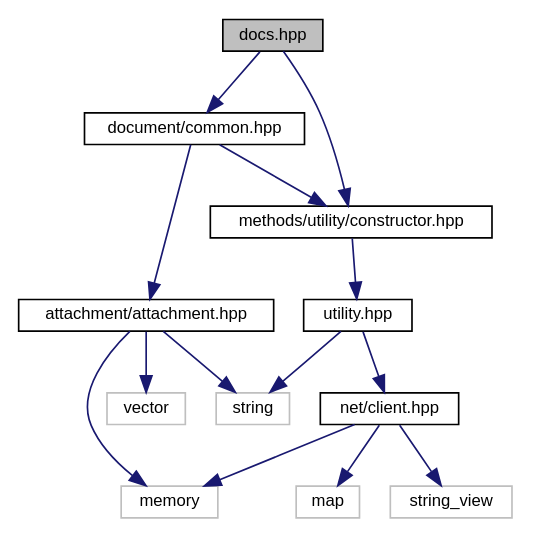
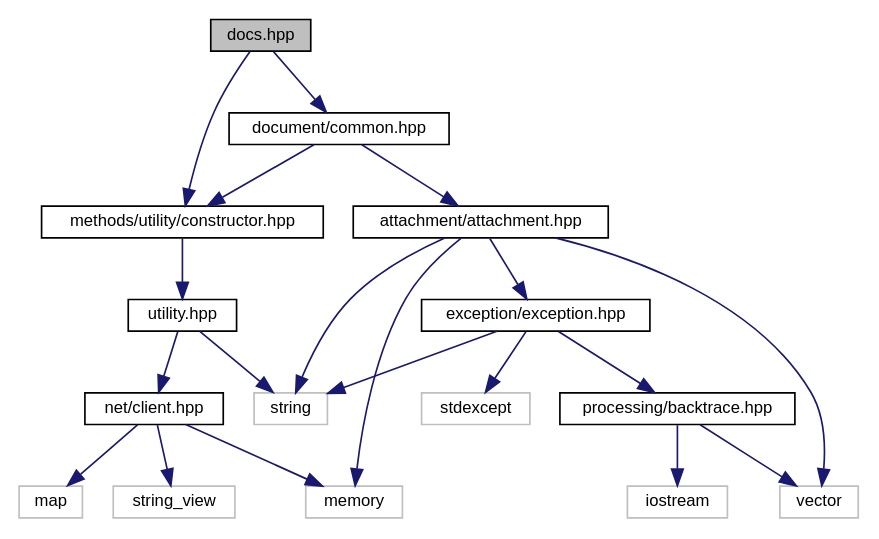
Before and after one commit to edgjj/cpp_vk_lib: the diagram in docs/docs_8hpp__incl.dot, drawn with Graphviz. The commit also changed 374 other files, not shown here.

```diff
--- a/docs/docs_8hpp__incl.dot
+++ b/docs/docs_8hpp__incl.dot
@@ -1,30 +1,40 @@
 digraph "docs.hpp"
 {
  // LATEX_PDF_SIZE
   edge [fontname="Helvetica",fontsize="10",labelfontname="Helvetica",labelfontsize="10"];
   node [fontname="Helvetica",fontsize="10",shape=record];
   Node1 [label="docs.hpp",height=0.2,width=0.4,color="black", fillcolor="grey75", style="filled", fontcolor="black",tooltip=" "];
   Node1 -> Node2 [color="midnightblue",fontsize="10",style="solid",fontname="Helvetica"];
   Node2 [label="document/common.hpp",height=0.2,width=0.4,color="black", fillcolor="white", style="filled",URL="$document_2common_8hpp.html",tooltip=" "];
   Node2 -> Node3 [color="midnightblue",fontsize="10",style="solid",fontname="Helvetica"];
   Node3 [label="attachment/attachment.hpp",height=0.2,width=0.4,color="black", fillcolor="white", style="filled",URL="$attachment_8hpp.html",tooltip=" "];
   Node3 -> Node4 [color="midnightblue",fontsize="10",style="solid",fontname="Helvetica"];
   Node4 [label="memory",height=0.2,width=0.4,color="grey75", fillcolor="white", style="filled",tooltip=" "];
   Node3 -> Node5 [color="midnightblue",fontsize="10",style="solid",fontname="Helvetica"];
   Node5 [label="string",height=0.2,width=0.4,color="grey75", fillcolor="white", style="filled",tooltip=" "];
   Node3 -> Node6 [color="midnightblue",fontsize="10",style="solid",fontname="Helvetica"];
   Node6 [label="vector",height=0.2,width=0.4,color="grey75", fillcolor="white", style="filled",tooltip=" "];
-  Node2 -> Node7 [color="midnightblue",fontsize="10",style="solid",fontname="Helvetica"];
-  Node7 [label="methods/utility/constructor.hpp",height=0.2,width=0.4,color="black", fillcolor="white", style="filled",URL="$constructor_8hpp.html",tooltip=" "];
+  Node3 -> Node7 [color="midnightblue",fontsize="10",style="solid",fontname="Helvetica"];
+  Node7 [label="exception/exception.hpp",height=0.2,width=0.4,color="black", fillcolor="white", style="filled",URL="$exception_8hpp.html",tooltip=" "];
   Node7 -> Node8 [color="midnightblue",fontsize="10",style="solid",fontname="Helvetica"];
-  Node8 [label="utility.hpp",height=0.2,width=0.4,color="black", fillcolor="white", style="filled",URL="$utility_8hpp.html",tooltip=" "];
+  Node8 [label="processing/backtrace.hpp",height=0.2,width=0.4,color="black", fillcolor="white", style="filled",URL="$backtrace_8hpp.html",tooltip=" "];
   Node8 -> Node9 [color="midnightblue",fontsize="10",style="solid",fontname="Helvetica"];
-  Node9 [label="net/client.hpp",height=0.2,width=0.4,color="black", fillcolor="white", style="filled",URL="$net_2client_8hpp.html",tooltip=" "];
-  Node9 -> Node10 [color="midnightblue",fontsize="10",style="solid",fontname="Helvetica"];
-  Node10 [label="map",height=0.2,width=0.4,color="grey75", fillcolor="white", style="filled",tooltip=" "];
-  Node9 -> Node4 [color="midnightblue",fontsize="10",style="solid",fontname="Helvetica"];
-  Node9 -> Node11 [color="midnightblue",fontsize="10",style="solid",fontname="Helvetica"];
-  Node11 [label="string_view",height=0.2,width=0.4,color="grey75", fillcolor="white", style="filled",tooltip=" "];
-  Node8 -> Node5 [color="midnightblue",fontsize="10",style="solid",fontname="Helvetica"];
-  Node1 -> Node7 [color="midnightblue",fontsize="10",style="solid",fontname="Helvetica"];
+  Node9 [label="iostream",height=0.2,width=0.4,color="grey75", fillcolor="white", style="filled",tooltip=" "];
+  Node8 -> Node6 [color="midnightblue",fontsize="10",style="solid",fontname="Helvetica"];
+  Node7 -> Node10 [color="midnightblue",fontsize="10",style="solid",fontname="Helvetica"];
+  Node10 [label="stdexcept",height=0.2,width=0.4,color="grey75", fillcolor="white", style="filled",tooltip=" "];
+  Node7 -> Node5 [color="midnightblue",fontsize="10",style="solid",fontname="Helvetica"];
+  Node2 -> Node11 [color="midnightblue",fontsize="10",style="solid",fontname="Helvetica"];
+  Node11 [label="methods/utility/constructor.hpp",height=0.2,width=0.4,color="black", fillcolor="white", style="filled",URL="$constructor_8hpp.html",tooltip=" "];
+  Node11 -> Node12 [color="midnightblue",fontsize="10",style="solid",fontname="Helvetica"];
+  Node12 [label="utility.hpp",height=0.2,width=0.4,color="black", fillcolor="white", style="filled",URL="$utility_8hpp.html",tooltip=" "];
+  Node12 -> Node13 [color="midnightblue",fontsize="10",style="solid",fontname="Helvetica"];
+  Node13 [label="net/client.hpp",height=0.2,width=0.4,color="black", fillcolor="white", style="filled",URL="$net_2client_8hpp.html",tooltip=" "];
+  Node13 -> Node14 [color="midnightblue",fontsize="10",style="solid",fontname="Helvetica"];
+  Node14 [label="map",height=0.2,width=0.4,color="grey75", fillcolor="white", style="filled",tooltip=" "];
+  Node13 -> Node4 [color="midnightblue",fontsize="10",style="solid",fontname="Helvetica"];
+  Node13 -> Node15 [color="midnightblue",fontsize="10",style="solid",fontname="Helvetica"];
+  Node15 [label="string_view",height=0.2,width=0.4,color="grey75", fillcolor="white", style="filled",tooltip=" "];
+  Node12 -> Node5 [color="midnightblue",fontsize="10",style="solid",fontname="Helvetica"];
+  Node1 -> Node11 [color="midnightblue",fontsize="10",style="solid",fontname="Helvetica"];
 }
```
